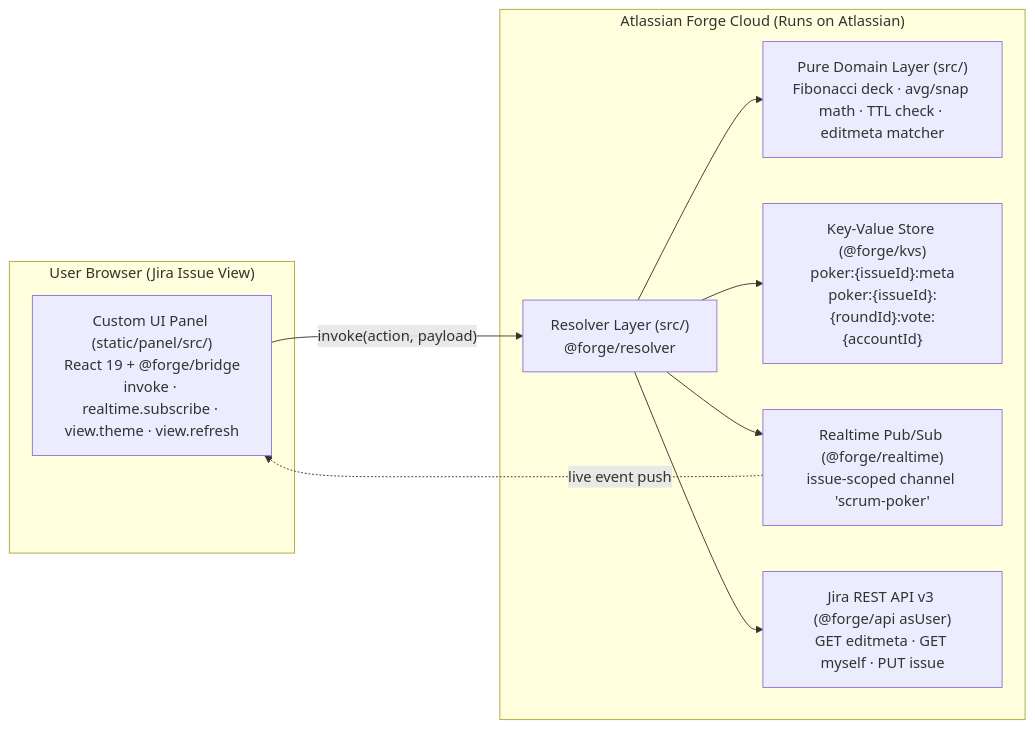
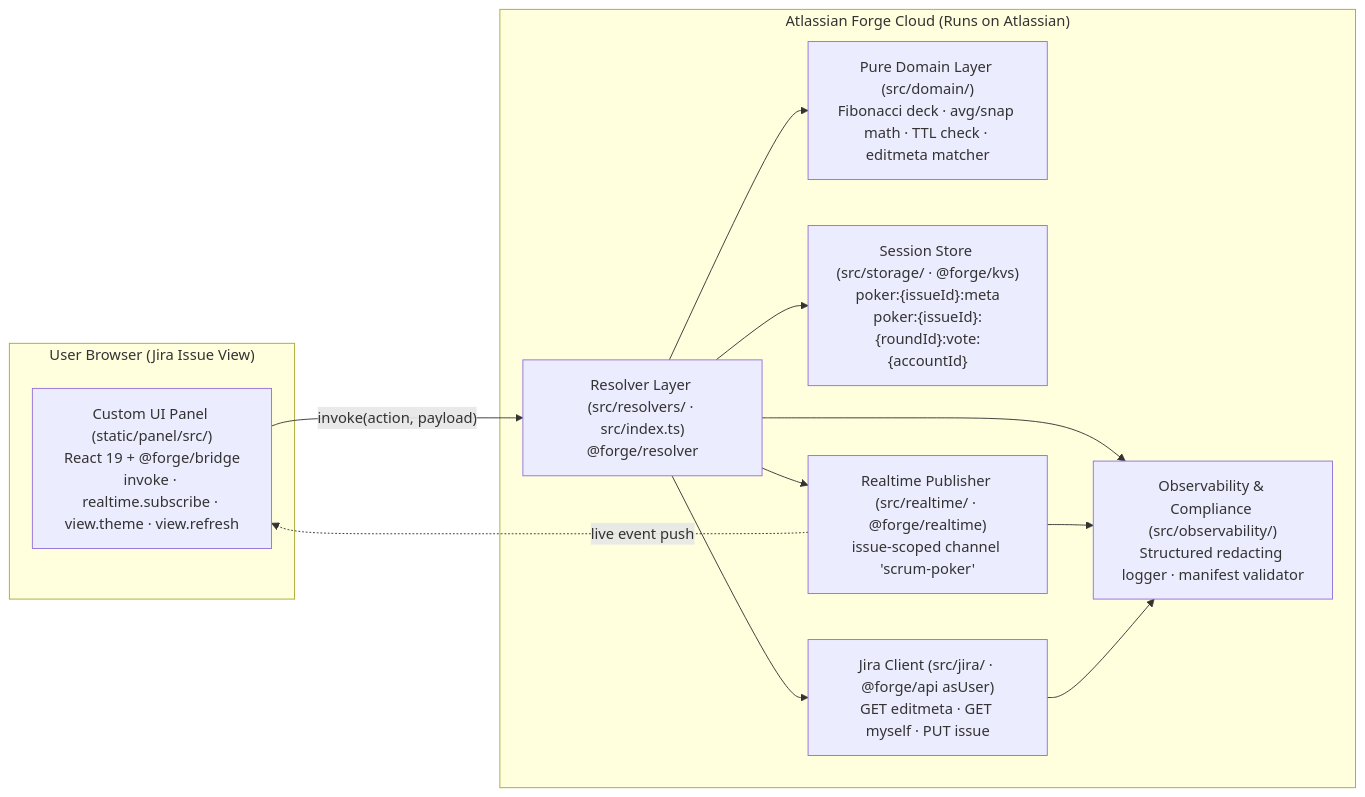
The diagram in .lintel/steering/architecture.md (edipal/jira-scrum-poker), drawn with Mermaid before and after one commit. The commit also changed other lines of this file and 9 other files, not shown here.

````diff
--- a/.lintel/steering/architecture.md
+++ b/.lintel/steering/architecture.md
@@ -7,19 +7,23 @@
 ```mermaid
 flowchart LR
   subgraph browser["User Browser (Jira Issue View)"]
     ui["Custom UI Panel (static/panel/src/)<br/>React 19 + @forge/bridge<br/>invoke · realtime.subscribe · view.theme · view.refresh"]
   end
   subgraph forge["Atlassian Forge Cloud (Runs on Atlassian)"]
-    res["Resolver Layer (src/)<br/>@forge/resolver"]
-    dom["Pure Domain Layer (src/)<br/>Fibonacci deck · avg/snap math · TTL check · editmeta matcher"]
-    kvs["Key-Value Store (@forge/kvs)<br/>poker:{issueId}:meta<br/>poker:{issueId}:{roundId}:vote:{accountId}"]
-    rt["Realtime Pub/Sub (@forge/realtime)<br/>issue-scoped channel 'scrum-poker'"]
-    jira["Jira REST API v3 (@forge/api asUser)<br/>GET editmeta · GET myself · PUT issue"]
+    res["Resolver Layer (src/resolvers/ · src/index.ts)<br/>@forge/resolver"]
+    dom["Pure Domain Layer (src/domain/)<br/>Fibonacci deck · avg/snap math · TTL check · editmeta matcher"]
+    obs["Observability & Compliance (src/observability/)<br/>Structured redacting logger · manifest validator"]
+    kvs["Session Store (src/storage/ · @forge/kvs)<br/>poker:{issueId}:meta<br/>poker:{issueId}:{roundId}:vote:{accountId}"]
+    rt["Realtime Publisher (src/realtime/ · @forge/realtime)<br/>issue-scoped channel 'scrum-poker'"]
+    jira["Jira Client (src/jira/ · @forge/api asUser)<br/>GET editmeta · GET myself · PUT issue"]
   end
   ui -- "invoke(action, payload)" --> res
   rt -. "live event push" .-> ui
   res --> dom
   res --> kvs
   res --> rt
   res --> jira
+  res --> obs
+  rt --> obs
+  jira --> obs
 ```
````
